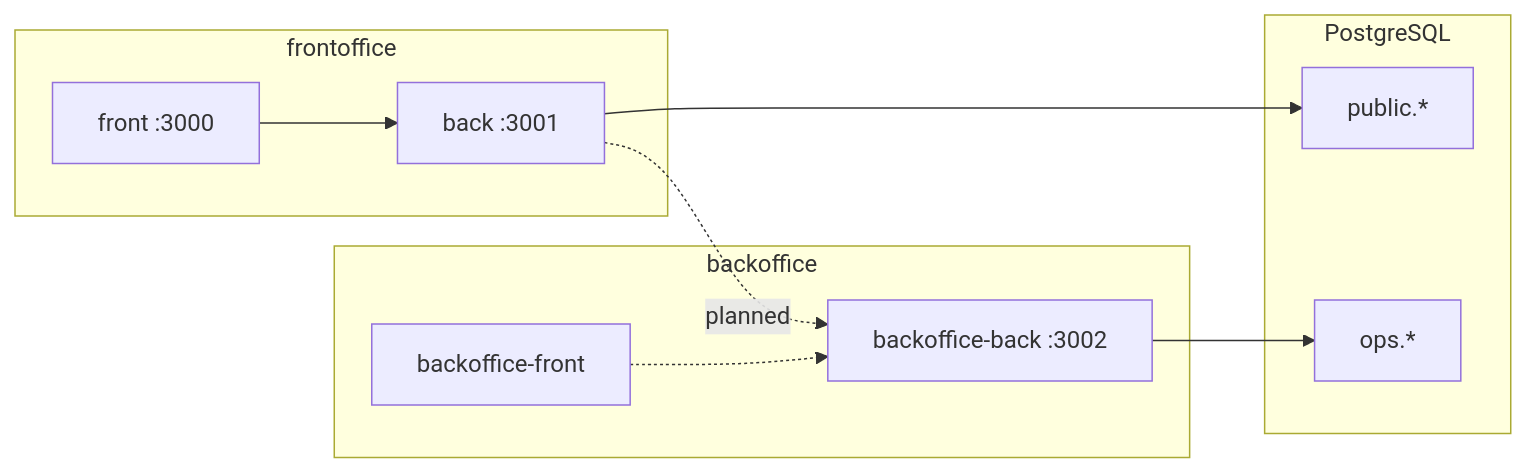
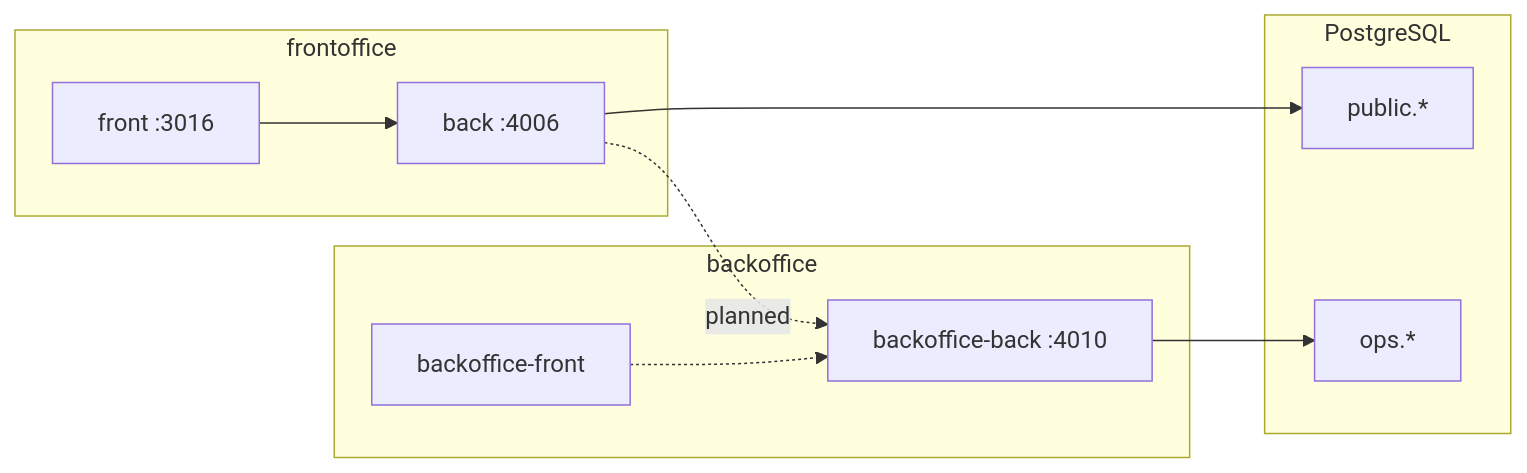
One commit to develyst1/smart-scheduler-front changed the diagram in docs/monorepo-overview.md. Above: the diagram before and after it, drawn with Mermaid. The commit also changed other lines of this file, not shown here.

````diff
--- a/docs/monorepo-overview.md
+++ b/docs/monorepo-overview.md
@@ -72,23 +79,23 @@
 ```mermaid
 flowchart LR
   subgraph frontoffice
-    FE[front :3000]
-    SCH[back :3001]
+    FE[front :3016]
+    SCH[back :4006]
     FE --> SCH
   end
 
   subgraph backoffice
     BOFE[backoffice-front]
-    OPS[backoffice-back :3002]
+    OPS[backoffice-back :4010]
     BOFE -.-> OPS
   end
 
   subgraph db [PostgreSQL]
     PUB[public.*]
     OPS_S[ops.*]
   end
 
   SCH --> PUB
   SCH -. planned .-> OPS
   OPS --> OPS_S
 ```
````
